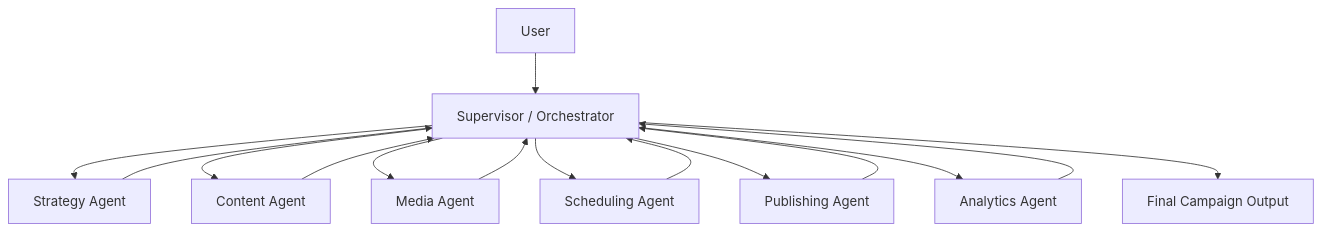
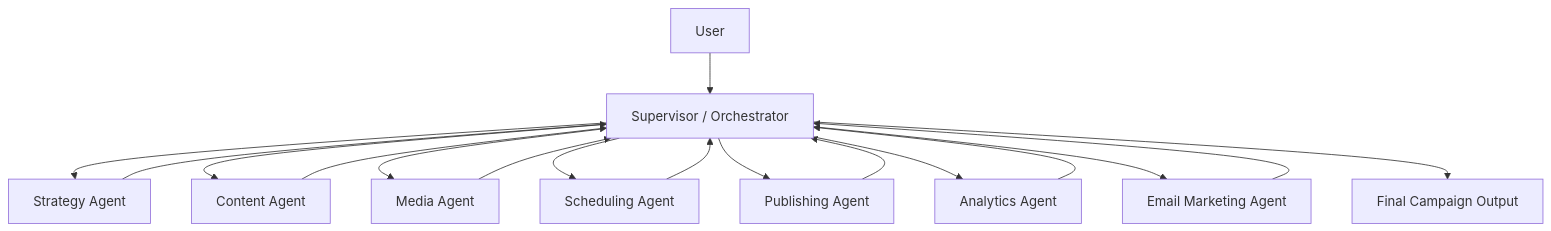
Before and after one commit to mariembel21/nova-ai-marketing-agent: the second of 8 diagrams in README.md, drawn with Mermaid.

Commit message:
Update README with Email Marketing Agent
Added Email Marketing Agent to the orchestration flow.

````diff
--- a/README.md
+++ b/README.md
@@ -49,20 +49,22 @@
 ```mermaid
 flowchart TD
   U[User] --> S[Supervisor / Orchestrator]
 
   S --> A[Strategy Agent]
   S --> B[Content Agent]
   S --> C[Media Agent]
   S --> D[Scheduling Agent]
   S --> E[Publishing Agent]
   S --> F[Analytics Agent]
+  S --> G[Email Marketing Agent]
 
   A --> S
   B --> S
   C --> S
   D --> S
   E --> S
   F --> S
+  G --> S
 
   S --> O[Final Campaign Output]
 ```
````
